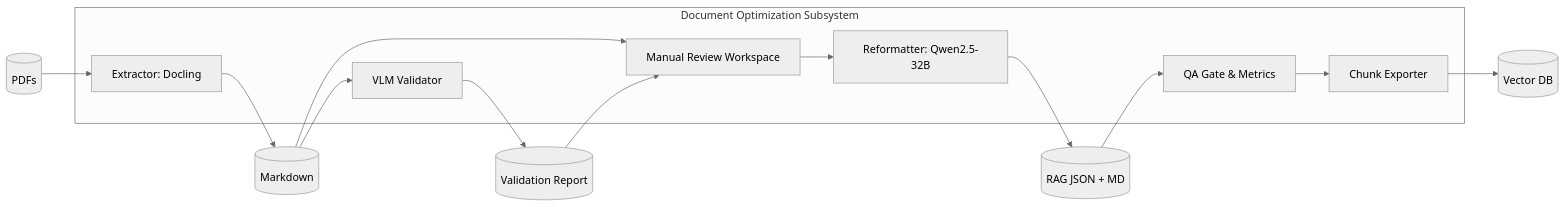
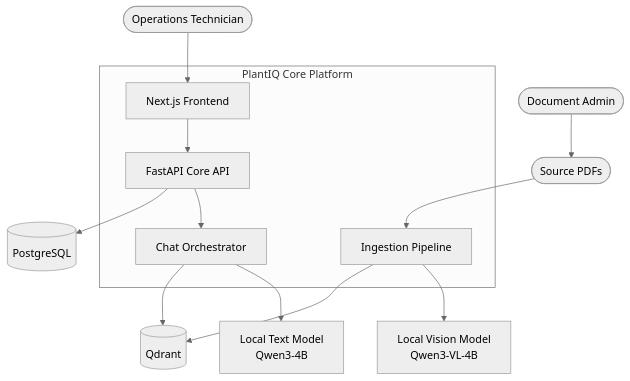
One commit to abedhossainn/PlantIQ changed the first of 9 diagrams in docs/architecture/rag_architecture.md. Above: the diagram before and after it, drawn with Mermaid (neutral theme). The commit also changed other lines of this file and 80 other files, not shown here.

````diff
--- a/docs/architecture/rag_architecture.md
+++ b/docs/architecture/rag_architecture.md
@@ -55,18 +36,29 @@
 ```mermaid
-flowchart LR
-  subgraph OPT[Document Optimization Subsystem]
-    A[Extractor: Docling]
-    B[VLM Validator]
-    C[Manual Review Workspace]
-    D[Reformatter: Qwen2.5-32B]
-    E[QA Gate & Metrics]
-    F[Chunk Exporter]
+flowchart TB
+  technician([Operations Technician])
+  admin([Document Admin])
+  pdfs([Source PDFs])
+
+  subgraph PlantIQ[PlantIQ Core Platform]
+    frontend[Next.js Frontend]
+    backend[FastAPI Core API]
+    ingest[Ingestion Pipeline]
+    chat[Chat Orchestrator]
   end
 
-  PDF[(PDFs)] --> A --> MD[(Markdown)]
-  MD --> B --> VR[(Validation Report)]
-  MD --> C
-  VR --> C
-  C --> D --> RJ[(RAG JSON + MD)]
-  RJ --> E --> F --> VDB[(Vector DB)]
+  textllm[Local Text Model\nQwen3-4B]
+  visionllm[Local Vision Model\nQwen3-VL-4B]
+  qdrant[(Qdrant)]
+  postgres[(PostgreSQL)]
+
+  admin --> pdfs
+  pdfs --> ingest
+  technician --> frontend
+  frontend --> backend
+  backend --> chat
+  ingest --> visionllm
+  chat --> textllm
+  ingest --> qdrant
+  chat --> qdrant
+  backend --> postgres
 ```
````
